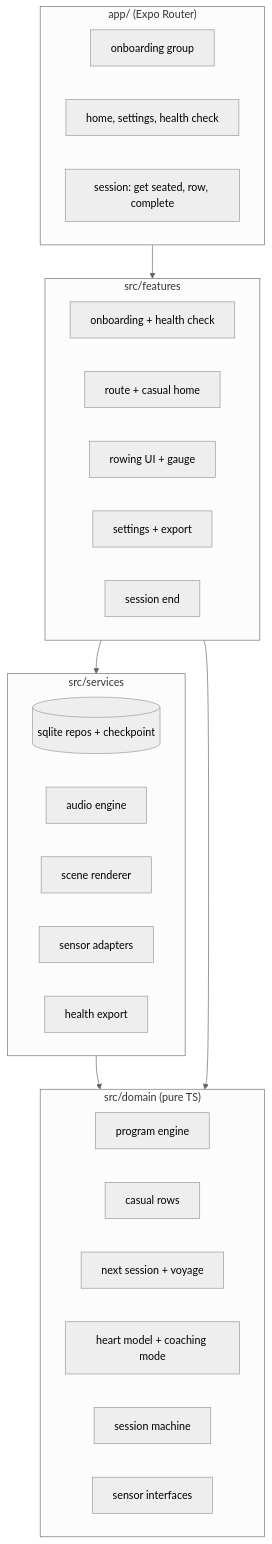
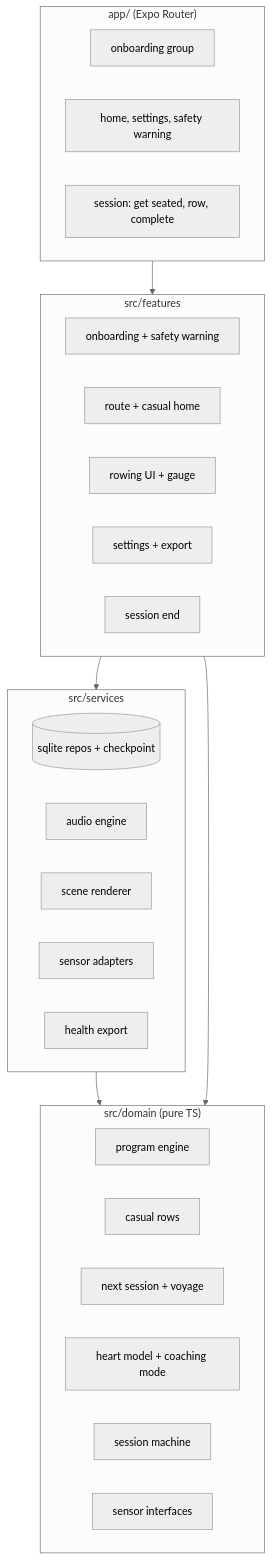
The first of 3 diagrams in docs/plans/2026-10-29-001-feat-nor4x4-expo-rebuild-plan.md (dsh971/Nord4x4), drawn with Mermaid (neutral theme) before and after one commit. The commit also changed other lines of this file, not shown here.

First line of the commit message:
docs(plan): shrink U15 to the first-row warning and medication question

````diff
--- a/docs/plans/2026-10-29-001-feat-nor4x4-expo-rebuild-plan.md
+++ b/docs/plans/2026-10-29-001-feat-nor4x4-expo-rebuild-plan.md
@@ -199,32 +201,32 @@
 ```mermaid
 flowchart TB
   subgraph Routes["app/ (Expo Router)"]
     OB[onboarding group]
-    MAIN[home, settings, health check]
+    MAIN[home, settings, safety warning]
     SES[session: get seated, row, complete]
   end
   subgraph Features["src/features"]
-    FOB[onboarding + health check]
+    FOB[onboarding + safety warning]
     FRT[route + casual home]
     FROW[rowing UI + gauge]
     FSET[settings + export]
     FEND[session end]
   end
   subgraph Services["src/services"]
     DB[(sqlite repos + checkpoint)]
     AUD[audio engine]
     SCN[scene renderer]
     BLE[sensor adapters]
     HK[health export]
   end
   subgraph Domain["src/domain (pure TS)"]
     PRG[program engine]
     CAS[casual rows]
     SCH[next session + voyage]
     HR[heart model + coaching mode]
     SM[session machine]
     SEN[sensor interfaces]
   end
   Routes --> Features --> Services --> Domain
   Features --> Domain
 ```
````
